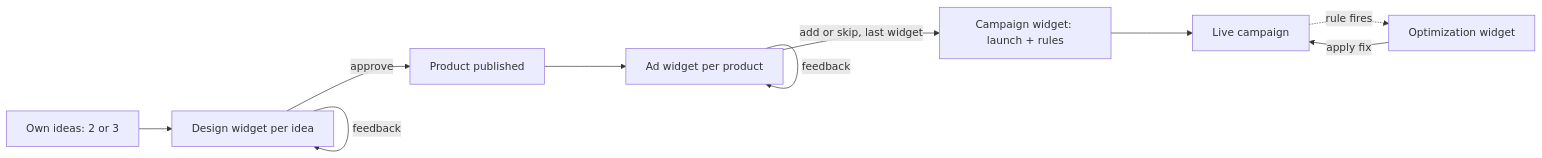
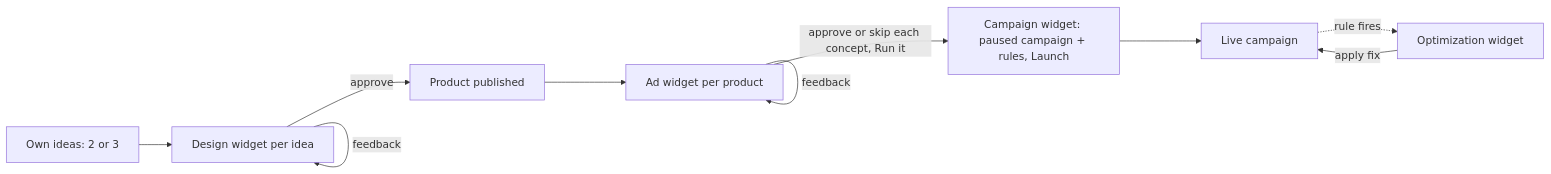
The diagram in docs/prd.md (sami-m-g/wovain), drawn with Mermaid before and after one commit. The commit also changed other lines of this file and 4 other files, not shown here.

````diff
--- a/docs/prd.md
+++ b/docs/prd.md
@@ -25,12 +25,12 @@
 ```mermaid
 flowchart LR
   A[Own ideas: 2 or 3] --> D[Design widget per idea]
   D -- feedback --> D
   D -- approve --> P[Product published]
   P --> E[Ad widget per product]
   E -- feedback --> E
-  E -- add or skip, last widget --> C[Campaign widget: launch + rules]
+  E -- approve or skip each concept, Run it --> C[Campaign widget: paused campaign + rules, Launch]
   C --> L[Live campaign]
   L -. rule fires .-> O[Optimization widget]
   O -- apply fix --> L
 ```
````
